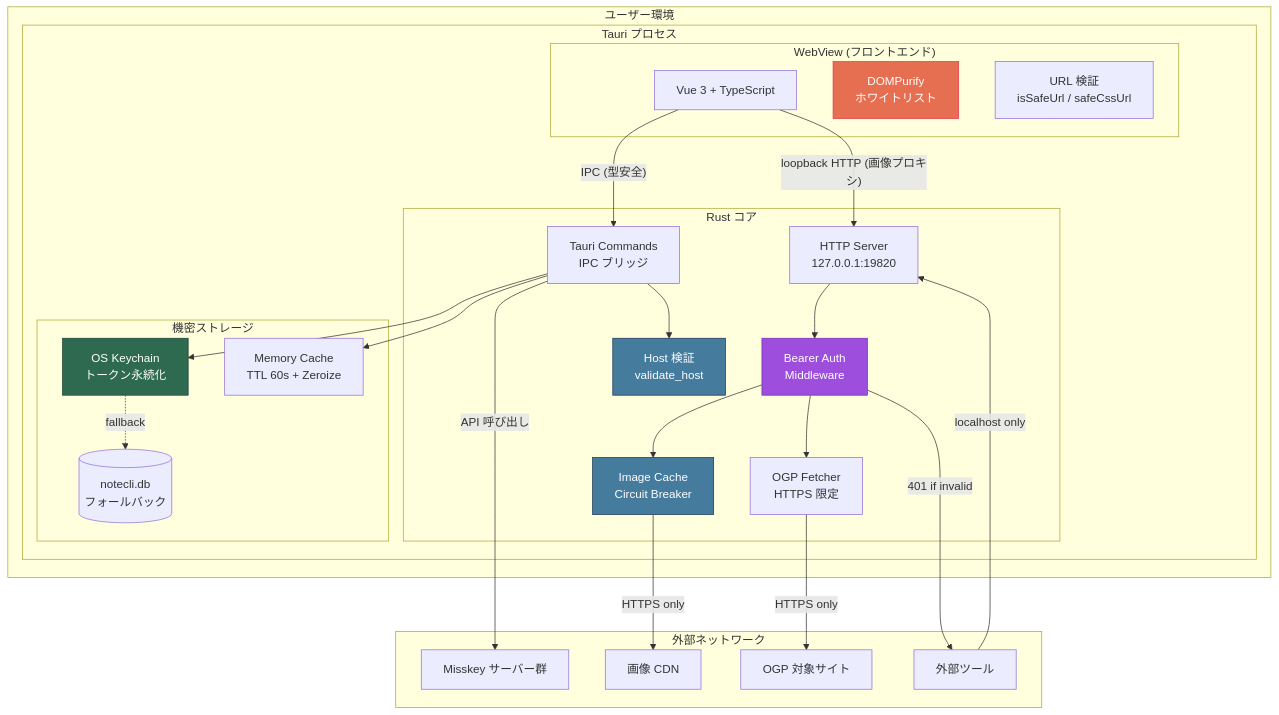
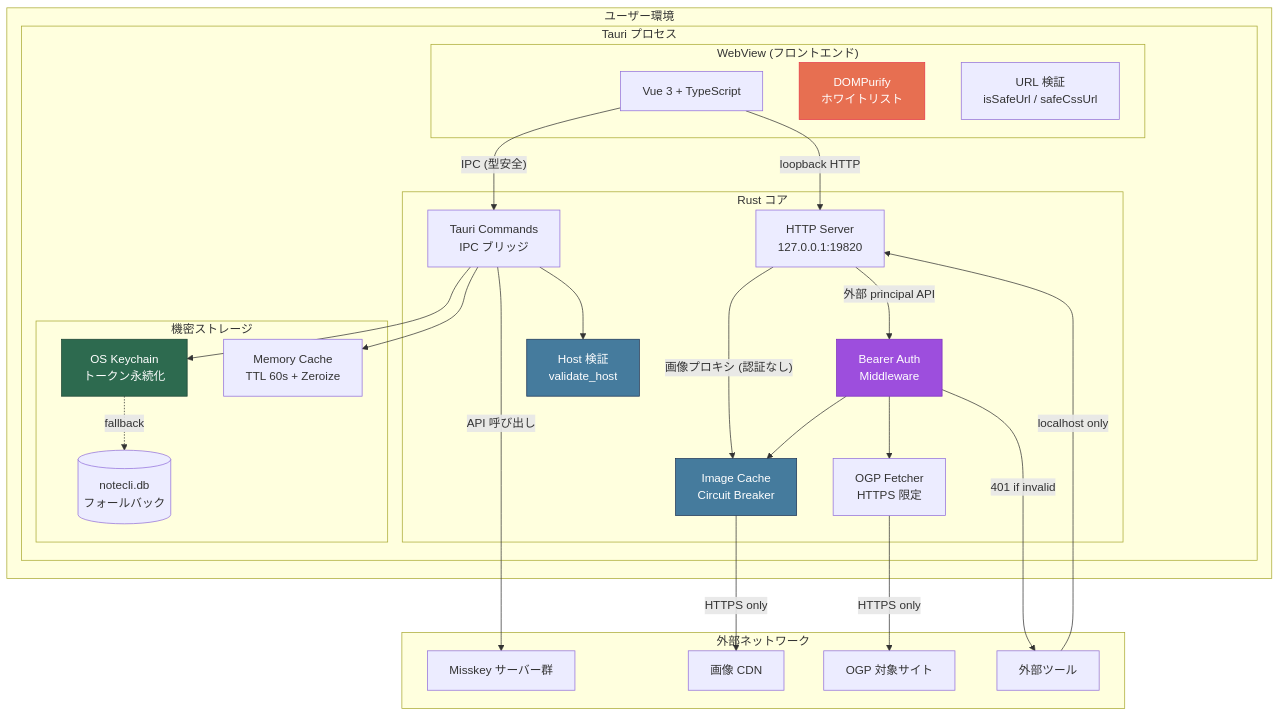
One commit to notedeck-dev/notedeck changed the first of 6 diagrams in SECURITY.md. Above: the diagram before and after it, drawn with Mermaid. The commit also changed other lines of this file and 5 other files, not shown here.

````diff
--- a/SECURITY.md
+++ b/SECURITY.md
@@ -7,55 +7,56 @@
 ```mermaid
 graph TB
     subgraph "ユーザー環境"
         subgraph "Tauri プロセス"
             subgraph "WebView (フロントエンド)"
                 FE[Vue 3 + TypeScript]
                 DP[DOMPurify<br/>ホワイトリスト]
                 UV[URL 検証<br/>isSafeUrl / safeCssUrl]
             end
 
             subgraph "Rust コア"
                 CMD[Tauri Commands<br/>IPC ブリッジ]
                 HTTP[HTTP Server<br/>127.0.0.1:19820]
                 AUTH[Bearer Auth<br/>Middleware]
                 HV[Host 検証<br/>validate_host]
                 IC[Image Cache<br/>Circuit Breaker]
                 OGP[OGP Fetcher<br/>HTTPS 限定]
             end
 
             subgraph "機密ストレージ"
                 KC[OS Keychain<br/>トークン永続化]
                 MC[Memory Cache<br/>TTL 60s + Zeroize]
                 DB[(notecli.db<br/>フォールバック)]
             end
         end
     end
 
     subgraph "外部ネットワーク"
         MK[Misskey サーバー群]
         IMG[画像 CDN]
         WEB[OGP 対象サイト]
         EXT[外部ツール]
     end
 
     FE -->|"IPC (型安全)"| CMD
-    FE -->|"loopback HTTP (画像プロキシ)"| HTTP
+    FE -->|"loopback HTTP"| HTTP
     EXT -->|"localhost only"| HTTP
-    HTTP --> AUTH
+    HTTP -->|"画像プロキシ (認証なし)"| IC
+    HTTP -->|"外部 principal API"| AUTH
     AUTH -->|"401 if invalid"| EXT
     AUTH --> IC
     AUTH --> OGP
     CMD --> HV
     CMD --> KC
     KC -.->|"fallback"| DB
     CMD --> MC
     IC -->|"HTTPS only"| IMG
     OGP -->|"HTTPS only"| WEB
     CMD -->|"API 呼び出し"| MK
 
     style KC fill:#2d6a4f,stroke:#1b4332,color:#fff
     style AUTH fill:#9d4edd,stroke:#7b2cbf,color:#fff
     style DP fill:#e76f51,stroke:#e63946,color:#fff
     style HV fill:#457b9d,stroke:#1d3557,color:#fff
     style IC fill:#457b9d,stroke:#1d3557,color:#fff
 ```
````
